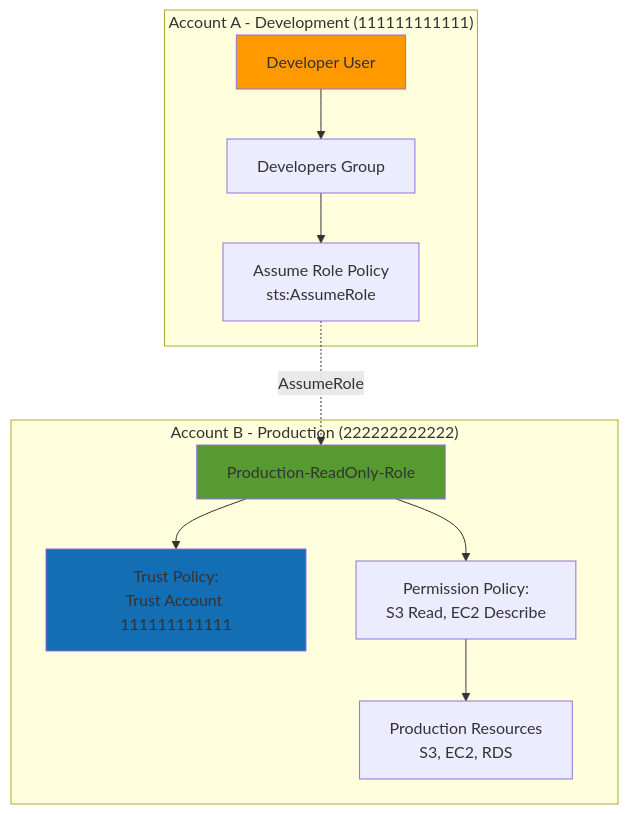
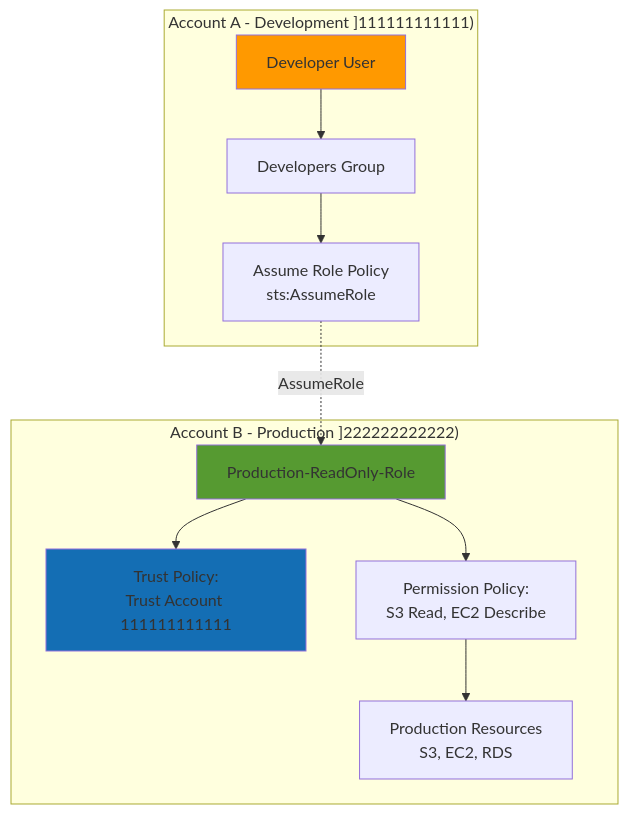
Before and after one commit to pilotworks/AWS-Certified-Solutions-Architect-Associate-SAA-C03: diagram 15 of 21 in docs/02-IAM/DIAGRAMS.md, drawn with Mermaid. The commit also changed other lines of this file and 79 other files, not shown here.

````diff
--- a/docs/02-IAM/DIAGRAMS.md
+++ b/docs/02-IAM/DIAGRAMS.md
@@ -482,31 +482,31 @@
 ```mermaid
 graph TB
-    subgraph Account_A_Development_111111111111_Group["Account A - Development (111111111111)"]
+    subgraph Account_A_Development_111111111111_Group["Account A - Development ]111111111111)"]
         DevUser[Developer User]
         DevGroup[Developers Group]
         AssumePolicy["Assume Role Policy<br/>sts:AssumeRole"]
         
         DevUser --> DevGroup
         DevGroup --> AssumePolicy
     end
     
-    subgraph Account_B_Production_222222222222_Group["Account B - Production (222222222222)"]
+    subgraph Account_B_Production_222222222222_Group["Account B - Production ]222222222222)"]
         ProdRole[Production-ReadOnly-Role]
         TrustPolicy["Trust Policy:<br/>Trust Account 111111111111"]
         PermPolicy["Permission Policy:<br/>S3 Read, EC2 Describe"]
         ProdResources["Production Resources<br/>S3, EC2, RDS"]
         
         ProdRole --> TrustPolicy
         ProdRole --> PermPolicy
         PermPolicy --> ProdResources
     end
     
     AssumePolicy -.AssumeRole.-> ProdRole
     
     classDef style1 fill:#FF9900
     class DevUser style1
     classDef style2 fill:#569A31
     class ProdRole style2
     classDef style3 fill:#146EB4
     class TrustPolicy style3
 ```
````
